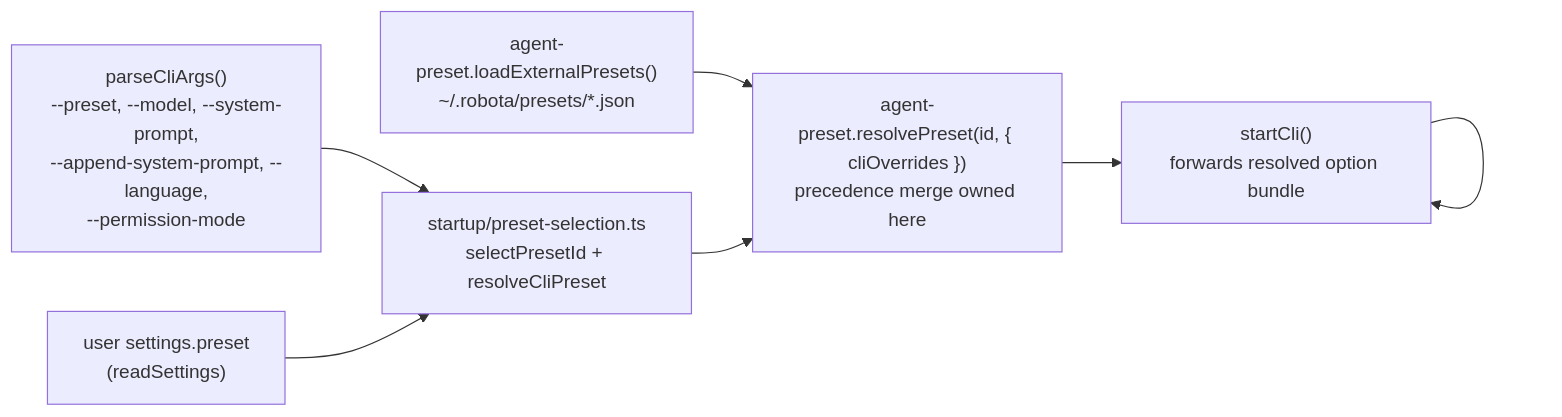
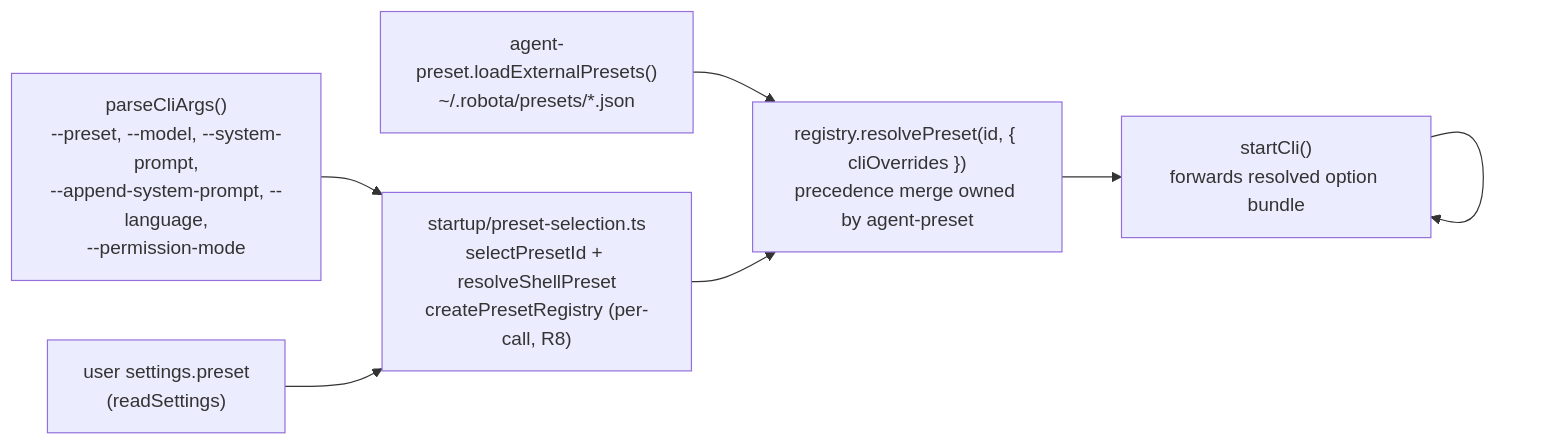
One commit to woojubb/robota changed the third of 3 diagrams in .agents/specs/architecture-map/agent-cli/commands-and-provider-flow.md. Above: the diagram before and after it, drawn with Mermaid. The commit also changed other lines of this file and 10 other files, not shown here.

First line of the commit message:
docs(arch-008): boundary row 1 met, SPECs + architecture map updated, backlog closed

````diff
--- a/.agents/specs/architecture-map/agent-cli/commands-and-provider-flow.md
+++ b/.agents/specs/architecture-map/agent-cli/commands-and-provider-flow.md
@@ -94,16 +94,16 @@
 ```mermaid
 flowchart LR
   Flags["parseCliArgs()\n--preset, --model, --system-prompt,\n--append-system-prompt, --language,\n--permission-mode"]
   Settings["user settings.preset\n(readSettings)"]
   External["agent-preset.loadExternalPresets()\n~/.robota/presets/*.json"]
-  Select["startup/preset-selection.ts\nselectPresetId + resolveCliPreset"]
-  Resolve["agent-preset.resolvePreset(id, { cliOverrides })\nprecedence merge owned here"]
+  Select["startup/preset-selection.ts\nselectPresetId + resolveShellPreset\ncreatePresetRegistry (per-call, R8)"]
+  Resolve["registry.resolvePreset(id, { cliOverrides })\nprecedence merge owned by agent-preset"]
   CLI["startCli()\nforwards resolved option bundle"]
 
   Flags --> Select
   Settings --> Select
   External --> Resolve
   Select --> Resolve
   Resolve --> CLI
   CLI --> CLI
 ```
````
